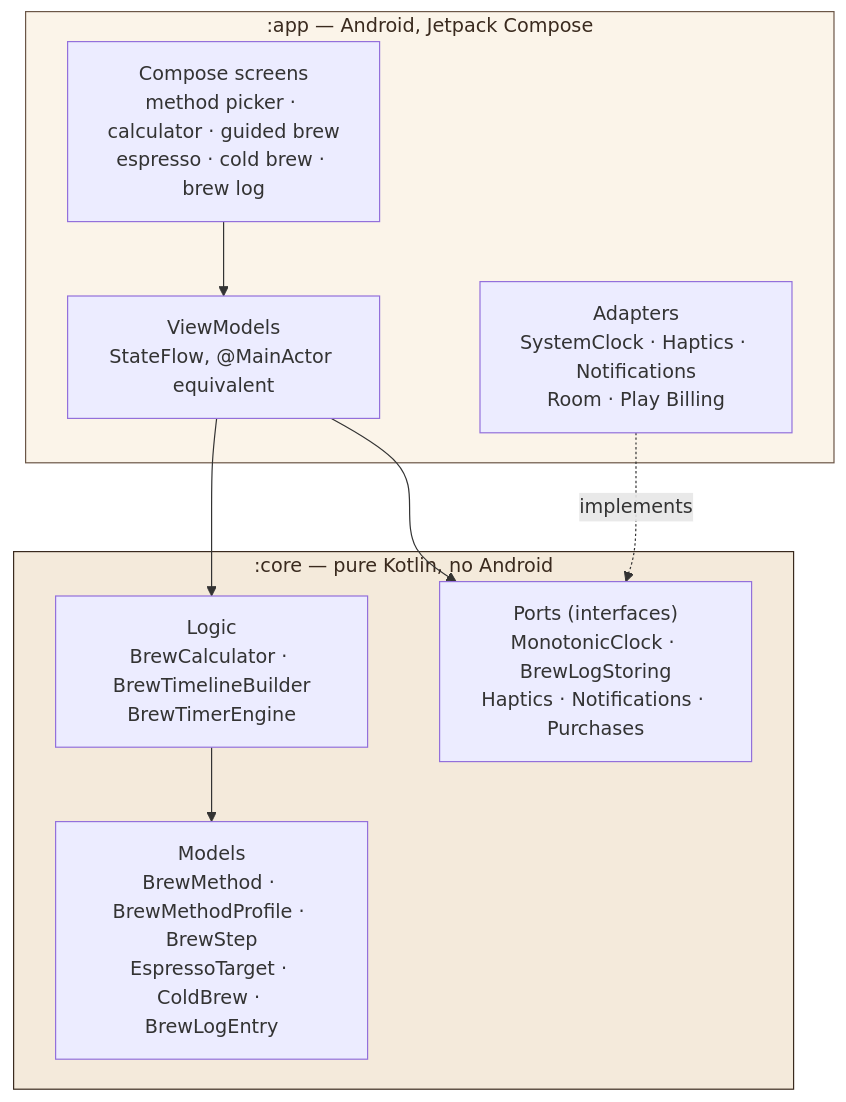
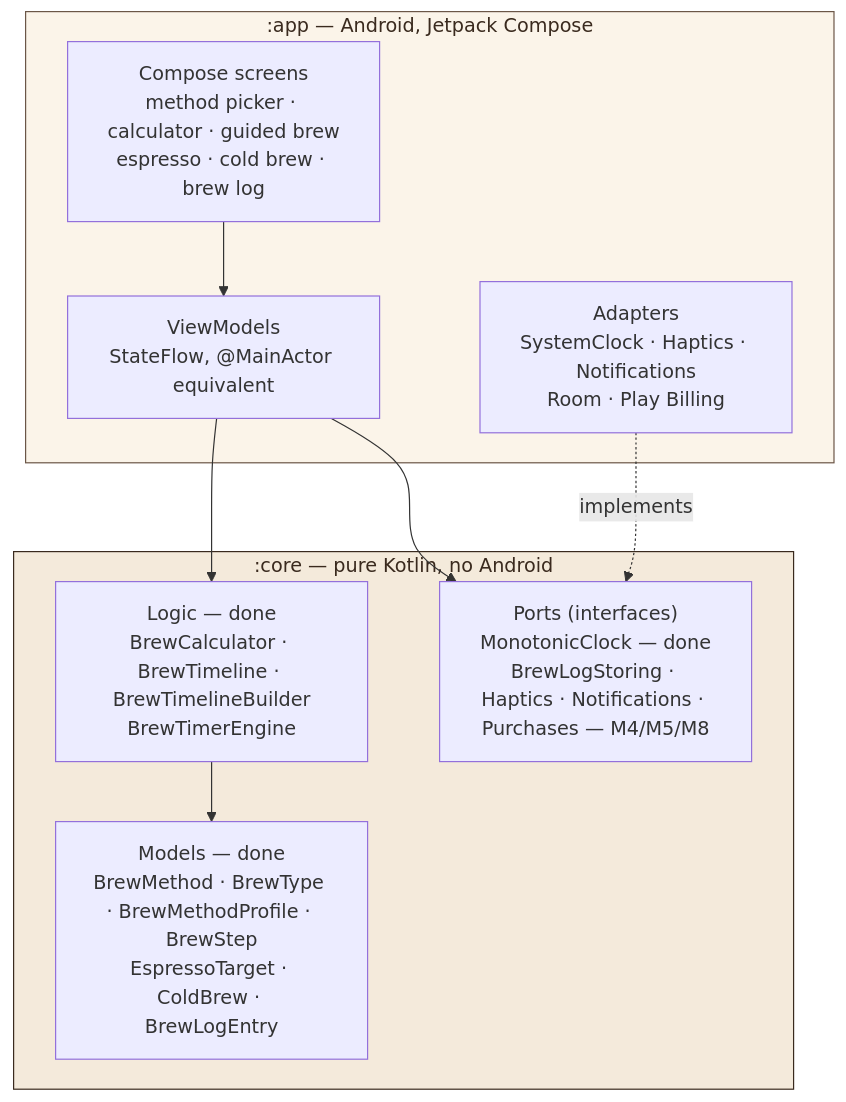
One commit to JayReece313/coffeegrams-android changed the first of 3 diagrams in ARCHITECTURE.md. Above: the diagram before and after it, drawn with Mermaid. The commit also changed other lines of this file and 21 other files, not shown here.

````diff
--- a/ARCHITECTURE.md
+++ b/ARCHITECTURE.md
@@ -16,23 +17,23 @@
 ```mermaid
 graph TD
     subgraph app[":app — Android, Jetpack Compose"]
         UI["Compose screens<br/>method picker · calculator · guided brew<br/>espresso · cold brew · brew log"]
         VM["ViewModels<br/>StateFlow, @MainActor equivalent"]
         AD["Adapters<br/>SystemClock · Haptics · Notifications<br/>Room · Play Billing"]
     end
 
     subgraph core[":core — pure Kotlin, no Android"]
-        M["Models<br/>BrewMethod · BrewMethodProfile · BrewStep<br/>EspressoTarget · ColdBrew · BrewLogEntry"]
-        L["Logic<br/>BrewCalculator · BrewTimelineBuilder<br/>BrewTimerEngine"]
-        P["Ports (interfaces)<br/>MonotonicClock · BrewLogStoring<br/>Haptics · Notifications · Purchases"]
+        M["Models — done<br/>BrewMethod · BrewType · BrewMethodProfile · BrewStep<br/>EspressoTarget · ColdBrew · BrewLogEntry"]
+        L["Logic — done<br/>BrewCalculator · BrewTimeline · BrewTimelineBuilder<br/>BrewTimerEngine"]
+        P["Ports (interfaces)<br/>MonotonicClock — done<br/>BrewLogStoring · Haptics · Notifications · Purchases — M4/M5/M8"]
     end
 
     UI --> VM
     VM --> L
     VM --> P
     L --> M
     AD -.implements.-> P
 
     style core fill:#F4EADB,stroke:#3A2A1E,color:#3A2A1E
     style app fill:#FBF4E9,stroke:#6B5647,color:#3A2A1E
 ```
````
